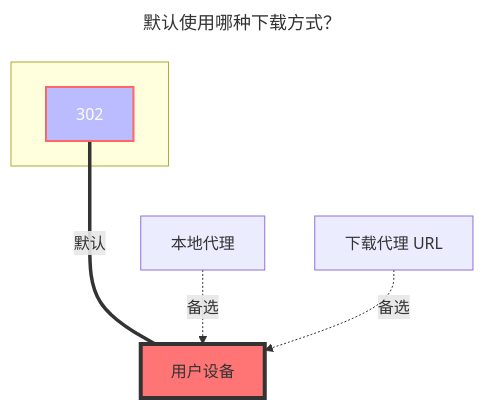
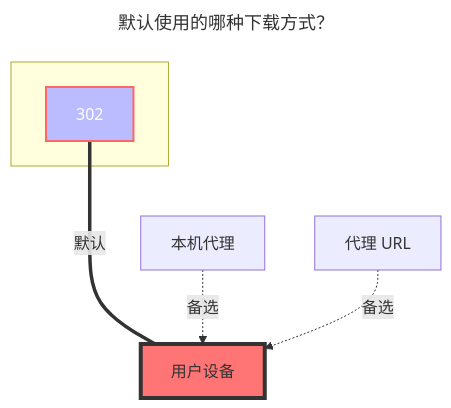
One commit to OpenListTeam/OpenList-Docs changed the second of 2 diagrams in pages/guide/drivers/sjtu_netdisk.md. Above: the diagram before and after it, drawn with Mermaid. The commit also changed other lines of this file, not shown here.

````diff
--- a/pages/guide/drivers/sjtu_netdisk.md
+++ b/pages/guide/drivers/sjtu_netdisk.md
@@ -85,18 +162,18 @@
 ```mermaid
 ---
-title: 默认使用哪种下载方式？
+title: 默认使用的哪种下载方式？
 ---
 flowchart TB
     style a1 fill:#bbf,stroke:#f66,stroke-width:2px,color:#fff
     style a2 fill:#ff7575,stroke:#333,stroke-width:4px
     subgraph ide1 [ ]
     a1
     end
     a1[302]:::someclass====|默认|a2[用户设备]
     classDef someclass fill:#f96
-    c1[本地代理]-.备选.->a2[用户设备]
-    b1[下载代理 URL]-.备选.->a2[用户设备]
-    click a1 "../drivers/common.html#webdav-policy"
-    click b1 "../drivers/common.html#webdav-policy"
-    click c1 "../drivers/common.html#webdav-policy"
+    c1[本机代理]-.备选.->a2[用户设备]
+    b1[代理 URL]-.备选.->a2[用户设备]
+    click a1 "../drivers/common.html#webdav-策略"
+    click b1 "../drivers/common.html#webdav-策略"
+    click c1 "../drivers/common.html#webdav-策略"
 ```
````
